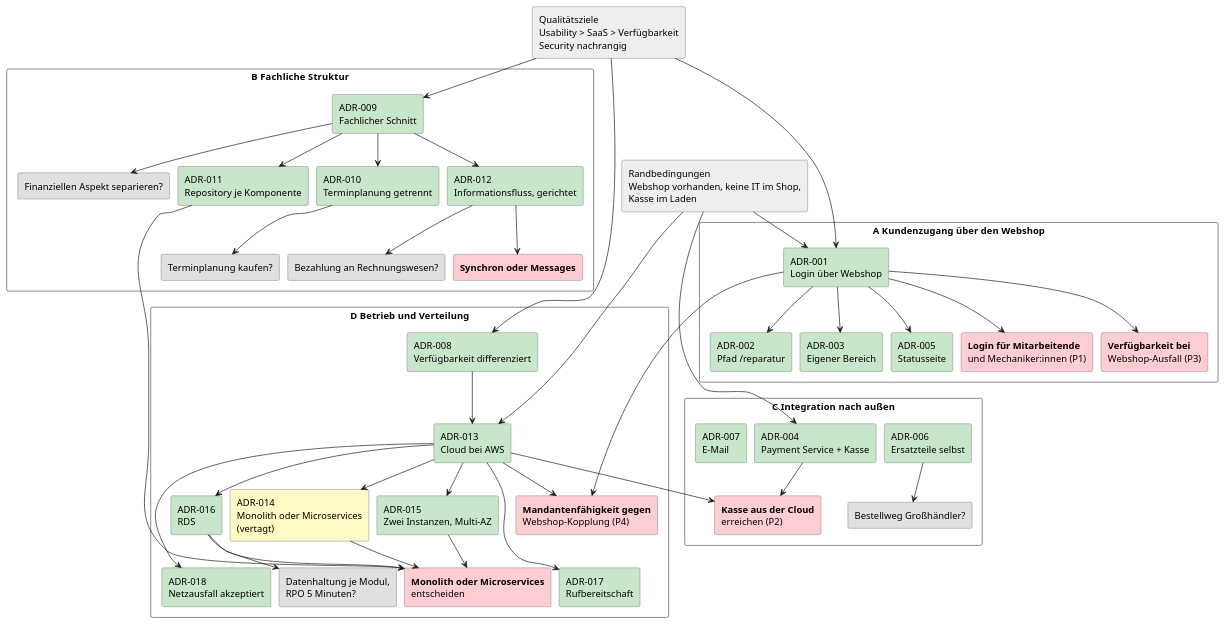
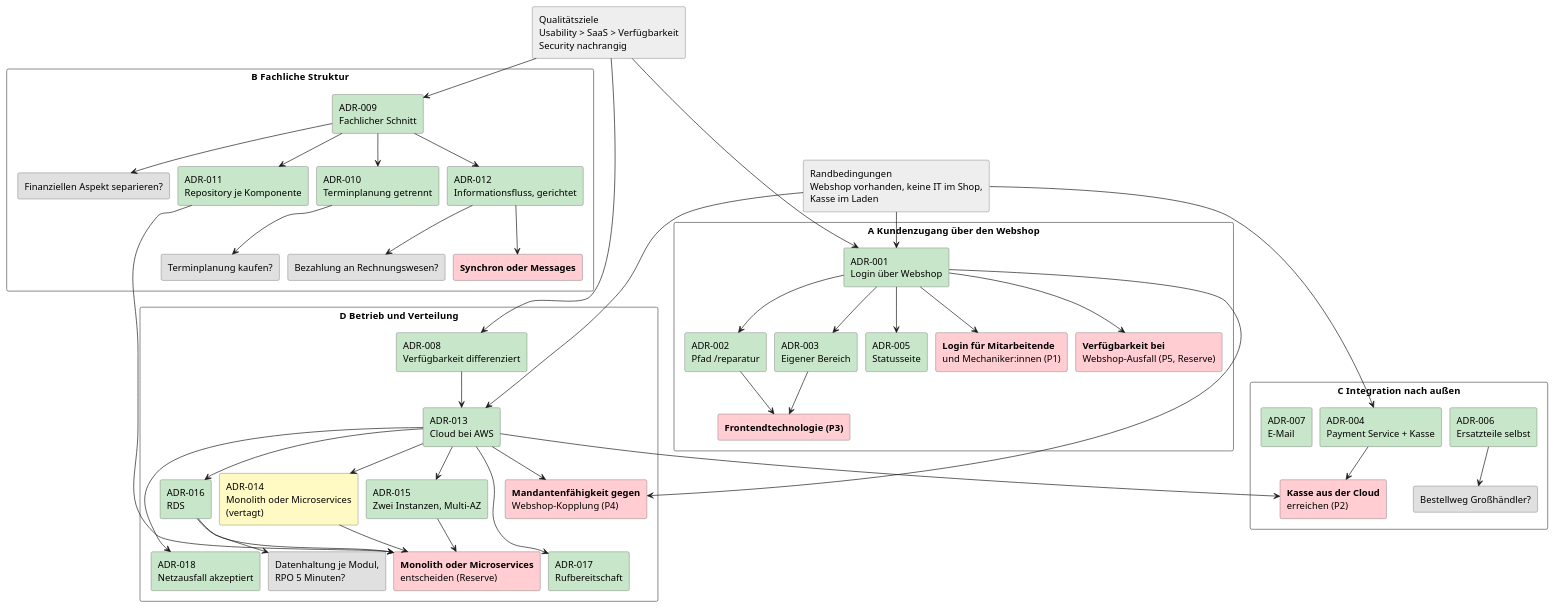
The diagram in src/docs/arc42/chapters/09_architecture_decisions.adoc (LLM-Coding/fahrrad-reparatur-architektur), drawn with PlantUML before and after one commit. The commit also changed other lines of this file, not shown here.

Commit message:
docs: frontier decision Frontendtechnologie (P3), Webshop-Ausfall and Monolith as reserve

```diff
--- a/src/docs/arc42/chapters/09_architecture_decisions.adoc
+++ b/src/docs/arc42/chapters/09_architecture_decisions.adoc
@@ -68,7 +68,8 @@
   rectangle "ADR-003\nEigener Bereich" as a3 #C8E6C9
   rectangle "ADR-005\nStatusseite" as a5 #C8E6C9
   rectangle "<b>Login für Mitarbeitende\nund Mechaniker:innen (P1)" as f1 #FFCDD2
-  rectangle "<b>Verfügbarkeit bei\nWebshop-Ausfall (P3)" as f6 #FFCDD2
+  rectangle "<b>Verfügbarkeit bei\nWebshop-Ausfall (P5, Reserve)" as f6 #FFCDD2
+  rectangle "<b>Frontendtechnologie (P3)" as f7 #FFCDD2
 }
 
 package "B  Fachliche Struktur" {
@@ -98,7 +99,7 @@
   rectangle "ADR-017\nRufbereitschaft" as d17 #C8E6C9
   rectangle "ADR-018\nNetzausfall akzeptiert" as d18 #C8E6C9
   rectangle "ADR-014\nMonolith oder Microservices\n(vertagt)" as d14 #FFF9C4
-  rectangle "<b>Monolith oder Microservices\nentscheiden" as f3 #FFCDD2
+  rectangle "<b>Monolith oder Microservices\nentscheiden (Reserve)" as f3 #FFCDD2
   rectangle "<b>Mandantenfähigkeit gegen\nWebshop-Kopplung (P4)" as f5 #FFCDD2
   rectangle "Datenhaltung je Modul,\nRPO 5 Minuten?" as o5 #E0E0E0
 }
@@ -114,6 +115,8 @@
 a1 --> a5
 a1 --> f1
 a1 --> f6
+a2 --> f7
+a3 --> f7
 b9 --> b10
 b9 --> b11
 b9 --> b12
```
